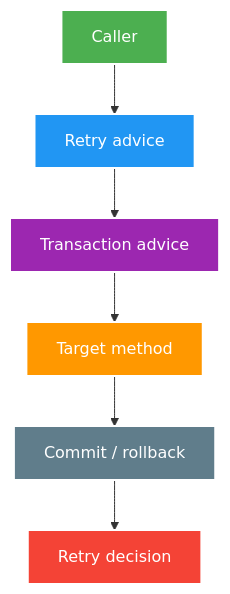
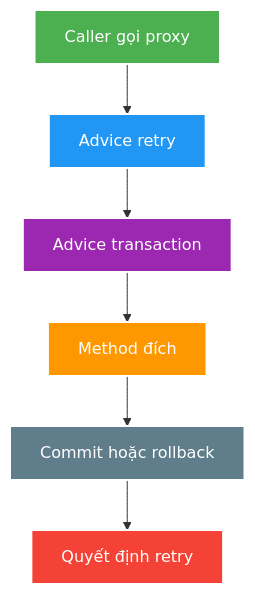
One commit to HungPhan200591/live-stream-backend changed the diagram in docs/learning/topics/spring/theory/deep-dives/proxy-self-invocation-advice-order-and-context.md. Above: the diagram before and after it, drawn with Mermaid. The commit also changed other lines of this file and 177 other files, not shown here.

````diff
--- a/docs/learning/topics/spring/theory/deep-dives/proxy-self-invocation-advice-order-and-context.md
+++ b/docs/learning/topics/spring/theory/deep-dives/proxy-self-invocation-advice-order-and-context.md
@@ -18,14 +18,14 @@
 ```mermaid
 flowchart TB
-    C["Caller"] --> R["Retry advice"]
-    R --> T["Transaction advice"]
-    T --> M["Target method"]
-    M --> T2["Commit / rollback"]
-    T2 --> R2["Retry decision"]
+    C["Caller gọi proxy"] --> R["Advice retry"]
+    R --> T["Advice transaction"]
+    T --> M["Method đích"]
+    M --> T2["Commit hoặc rollback"]
+    T2 --> R2["Quyết định retry"]
     style C fill:#4CAF50,stroke:#fff,stroke-width:2px,color:#fff
     style R fill:#2196F3,stroke:#fff,stroke-width:2px,color:#fff
     style T fill:#9C27B0,stroke:#fff,stroke-width:2px,color:#fff
     style M fill:#FF9800,stroke:#fff,stroke-width:2px,color:#fff
     style T2 fill:#607D8B,stroke:#fff,stroke-width:2px,color:#fff
     style R2 fill:#F44336,stroke:#fff,stroke-width:2px,color:#fff
 ```
````
